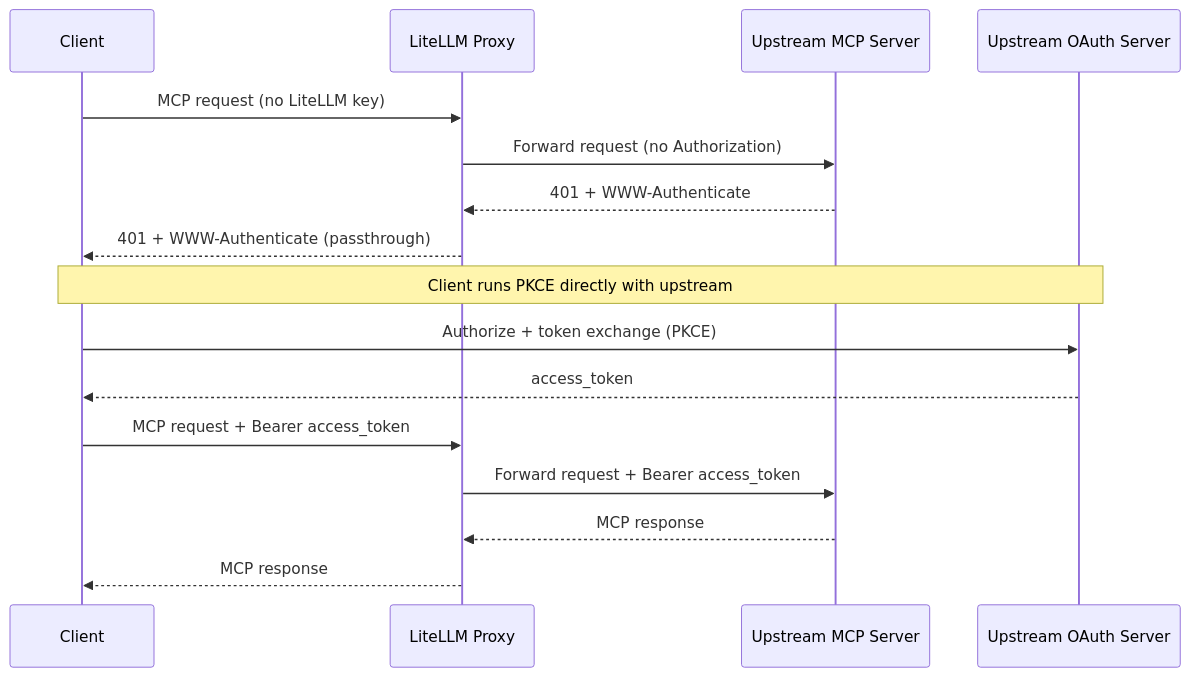
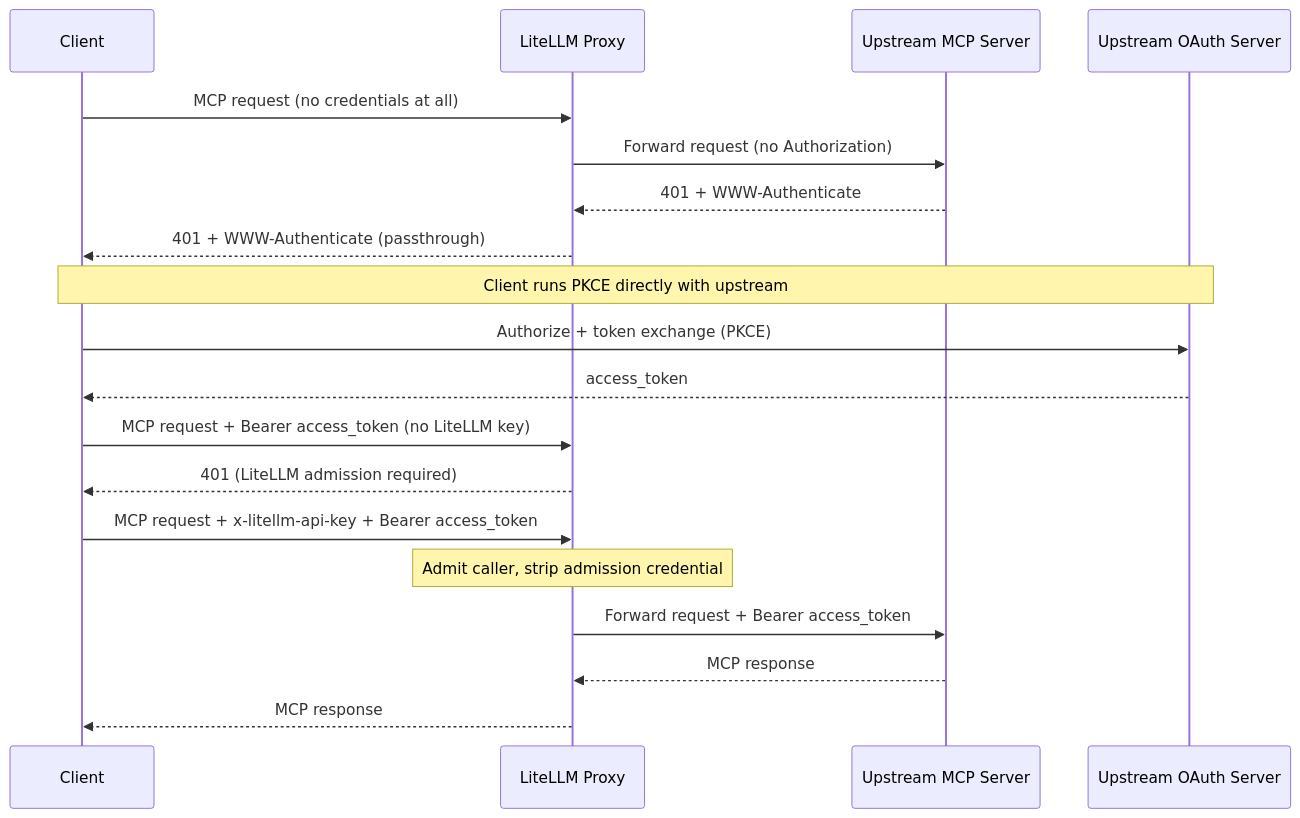
One commit to BerriAI/litellm-docs changed the fourth of 4 diagrams in docs/mcp_oauth_passthrough.md. Above: the diagram before and after it, drawn with Mermaid. The commit also changed other lines of this file, not shown here.

Commit message:
docs(mcp_oauth_passthrough): legacy delegate_auth_to_upstream still requires LiteLLM admission

````diff
--- a/docs/mcp_oauth_passthrough.md
+++ b/docs/mcp_oauth_passthrough.md
@@ -408,21 +406,25 @@
 ```mermaid
 sequenceDiagram
     participant Client
     participant LiteLLM as LiteLLM Proxy
     participant MCP as Upstream MCP Server
     participant Auth as Upstream OAuth Server
 
-    Client->>LiteLLM: MCP request (no LiteLLM key)
+    Client->>LiteLLM: MCP request (no credentials at all)
     LiteLLM->>MCP: Forward request (no Authorization)
     MCP-->>LiteLLM: 401 + WWW-Authenticate
     LiteLLM-->>Client: 401 + WWW-Authenticate (passthrough)
 
     Note over Client,Auth: Client runs PKCE directly with upstream
     Client->>Auth: Authorize + token exchange (PKCE)
     Auth-->>Client: access_token
 
-    Client->>LiteLLM: MCP request + Bearer access_token
+    Client->>LiteLLM: MCP request + Bearer access_token (no LiteLLM key)
+    LiteLLM-->>Client: 401 (LiteLLM admission required)
+
+    Client->>LiteLLM: MCP request + x-litellm-api-key + Bearer access_token
+    Note over LiteLLM: Admit caller, strip admission credential
     LiteLLM->>MCP: Forward request + Bearer access_token
     MCP-->>LiteLLM: MCP response
     LiteLLM-->>Client: MCP response
 ```
````
